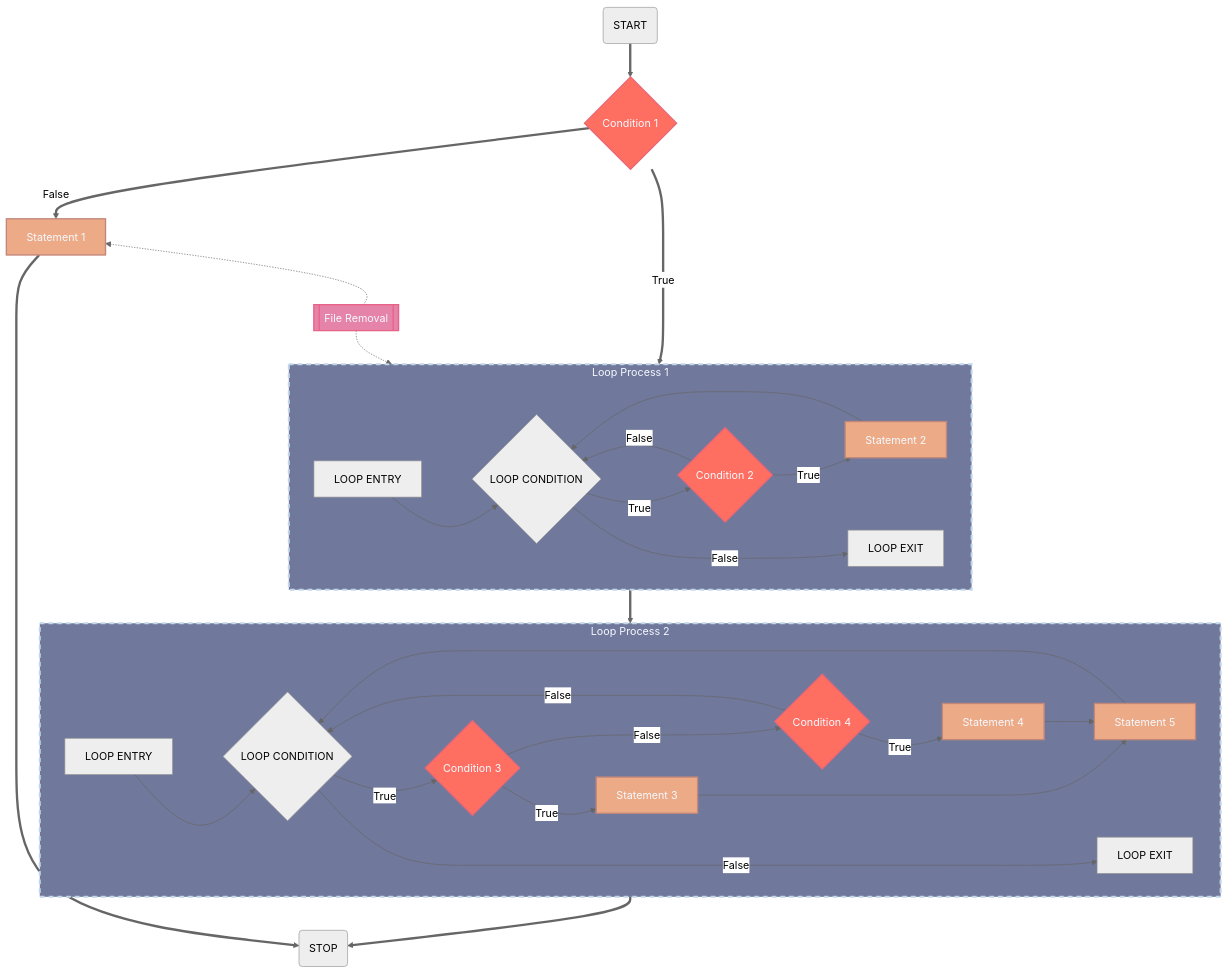
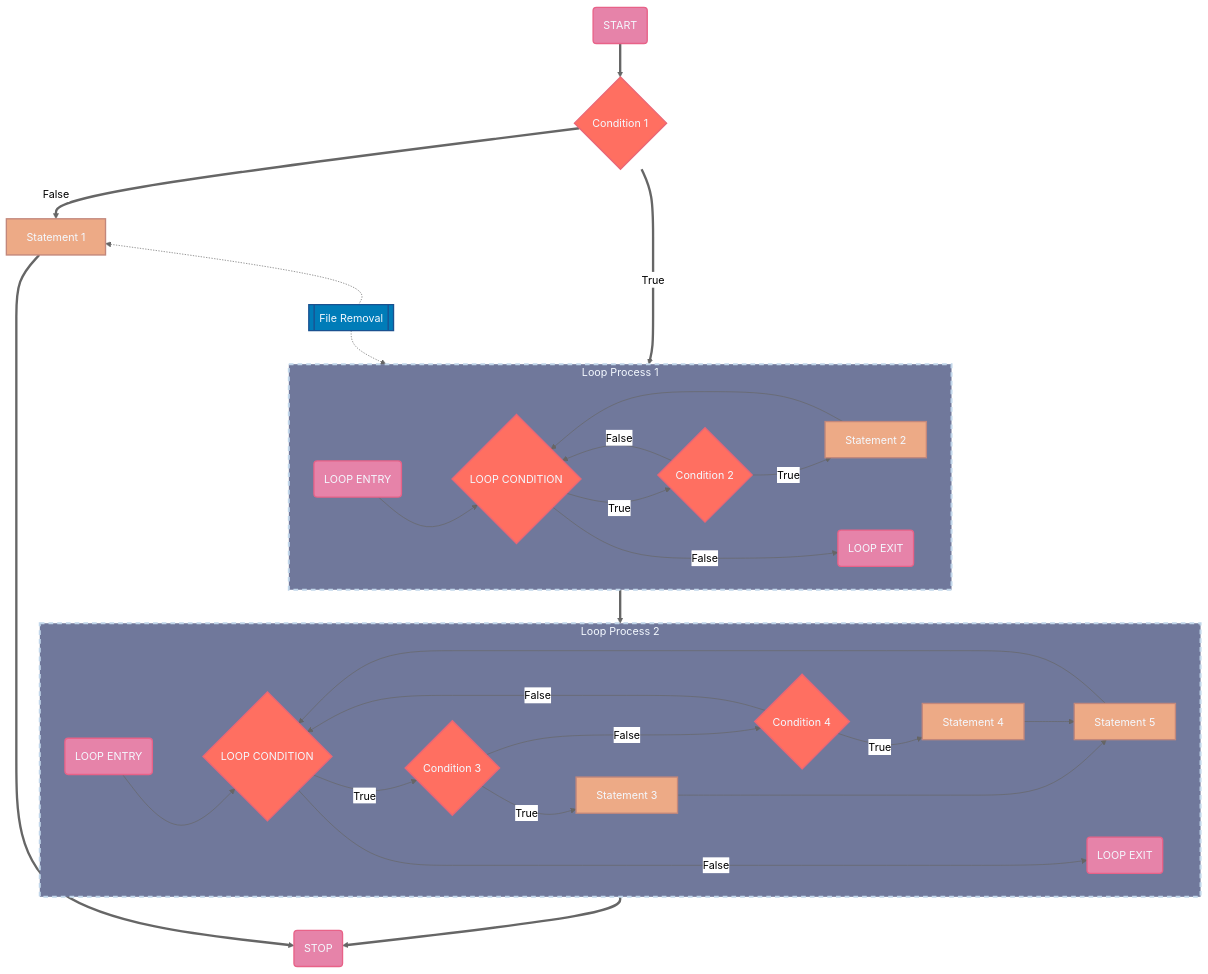
One commit to RaphaelZH/OpenCV_Program_EN changed the diagram in README.md. Above: the diagram before and after it, drawn with Mermaid (neutral theme). The commit also changed 2 other files, not shown here.

````diff
--- a/README.md
+++ b/README.md
@@ -5,15 +5,19 @@
 ```mermaid
-%% Colors used for the decision symbols in this flowchart:
+%% Colors used for the Terminal symbols in this flowchart:
+%% - Pantone / PMS 15-2217 TPG / Aurora Pink / #e683a9 Hex Color Code
+%% - Pantone / PMS 17-1937 TPG / Hot Pink / #e86288 Hex Color Code
+
+%% Colors used for the Decision symbols in this flowchart:
 %% - Pantone / PMS 16-1546 TCX / Living Coral / #ff6f61 Hex Code Couleur
 %% - Pantone / PMS 17-1736 TCX / Sun Kissed Coral / #ea6676 Hex Code Couleur
 
-%% Colors used for the process symbols in this flowchart:
+%% Colors used for the Process symbols in this flowchart:
 %% - Pantone / PMS 14-1224 TCX / Coral Sands / #edaa86 Hex Code Couleur
 %% - Pantone / PMS 16-1522 TCX / Rose Dawn / #c2877b Hex Code Couleur
 
-%% Colors used for the predefined process symbols in this flowchart:
-%% - Pantone / PMS 15-2217 TPG / Aurora Pink / #e683a9 Hex Color Code
-%% - Pantone / PMS 17-1937 TPG / Hot Pink / #e86288 Hex Color Code
+%% Colors used for the Predefined Process symbols in this flowchart:
+%% - Pantone / PMS 17-4245 TCX / Ibiza Blue / #007cb8 Hex Color Code
+%% - Pantone / PMS 19-4053 TCX / Turkish Sea / #1a5190 Hex Color Code
 
 %% Colors used for the background of subgraphs in this flowchart:
 %% - Pantone / PMS 17-3922 TCX / Blue Ice / #70789b Hex Color Code
@@ -23,20 +27,22 @@
 %% - Pantone / PMS 11-0601 TCX / Bright White / #f4f9ff Hex Color Code
 
 flowchart TB
-	classDef decision_symbol fill: #ff6f61, stroke: #ea6676, stroke-width: 2px, color: #f4f9ff
+    classDef Terminal_Symbol fill: #e683a9, stroke: #e86288, stroke-width: 2px, color: #f4f9ff
 
-	classDef process_symbol fill: #edaa86, stroke: #c2877b, stroke-width: 2px, color: #f4f9ff
+	classDef Decision_Symbol fill: #ff6f61, stroke: #ea6676, stroke-width: 2px, color: #f4f9ff
 
-	classDef predefined_process_symbol fill: #e683a9, stroke: #e86288, stroke-width: 2px, color: #f4f9ff
+	classDef Process_Symbol fill: #edaa86, stroke: #c2877b, stroke-width: 2px, color: #f4f9ff
 
-	classDef someclass_3 fill: #70789b, stroke: #c1d6ea, stroke-width: 3px, color: #f4f9ff, stroke-dasharray: 7 6
+	classDef Predefined_Process_Symbol fill: #007cb8, stroke: #1a5190, stroke-width: 2px, color: #f4f9ff
+
+	classDef Background_Subgraph fill: #70789b, stroke: #c1d6ea, stroke-width: 3px, color: #f4f9ff, stroke-dasharray: 7 6
 
     subgraph LOOP_1[Loop Process 1]
-        LOOP_1_A[LOOP ENTRY]
-        LOOP_1_B{LOOP CONDITION}
-        LOOP_1_C{Condition 2}:::decision_symbol
-        LOOP_1_D[Statement 2]:::process_symbol
-        LOOP_1_E[LOOP EXIT]
+        LOOP_1_A(LOOP ENTRY):::Terminal_Symbol
+        LOOP_1_B{LOOP CONDITION}:::Decision_Symbol
+        LOOP_1_C{Condition 2}:::Decision_Symbol
+        LOOP_1_D[Statement 2]:::Process_Symbol
+        LOOP_1_E(LOOP EXIT):::Terminal_Symbol
 
         direction LR
             LOOP_1_A --> LOOP_1_B -- True --> LOOP_1_C -- True --> LOOP_1_D --> LOOP_1_B
@@ -47,14 +53,14 @@
     end
 
     subgraph LOOP_2[Loop Process 2]
-        LOOP_2_A[LOOP ENTRY]
-        LOOP_2_B{LOOP CONDITION}
-        LOOP_2_C{Condition 3}:::decision_symbol
-        LOOP_2_D[Statement 3]:::process_symbol
-        LOOP_2_E{Condition 4}:::decision_symbol
-        LOOP_2_F[Statement 4]:::process_symbol
-        LOOP_2_G[Statement 5]:::process_symbol
-        LOOP_2_H[LOOP EXIT]
+        LOOP_2_A(LOOP ENTRY):::Terminal_Symbol
+        LOOP_2_B{LOOP CONDITION}:::Decision_Symbol
+        LOOP_2_C{Condition 3}:::Decision_Symbol
+        LOOP_2_D[Statement 3]:::Process_Symbol
+        LOOP_2_E{Condition 4}:::Decision_Symbol
+        LOOP_2_F[Statement 4]:::Process_Symbol
+        LOOP_2_G[Statement 5]:::Process_Symbol
+        LOOP_2_H(LOOP EXIT):::Terminal_Symbol
 
         direction LR
             LOOP_2_A --> LOOP_2_B -- True --> LOOP_2_C -- True --> LOOP_2_D --> LOOP_2_G --> LOOP_2_B
@@ -66,15 +72,15 @@
 
     end
 
-    LOOP_1:::someclass_3
-    LOOP_2:::someclass_3
+    LOOP_1:::Background_Subgraph
+    LOOP_2:::Background_Subgraph
 
-    A(START)
-    B{Condition 1}:::decision_symbol
-    C[Statement 1]:::process_symbol
-    D(STOP)
+    A(START):::Terminal_Symbol
+    B{Condition 1}:::Decision_Symbol
+    C[Statement 1]:::Process_Symbol
+    D(STOP):::Terminal_Symbol
 
-    X[[File Removal]]:::predefined_process_symbol
+    X[[File Removal]]:::Predefined_Process_Symbol
 
     A ==> B == True ==> LOOP_1 ==> LOOP_2 ==> D
     B == False ==> C ==> D
````
